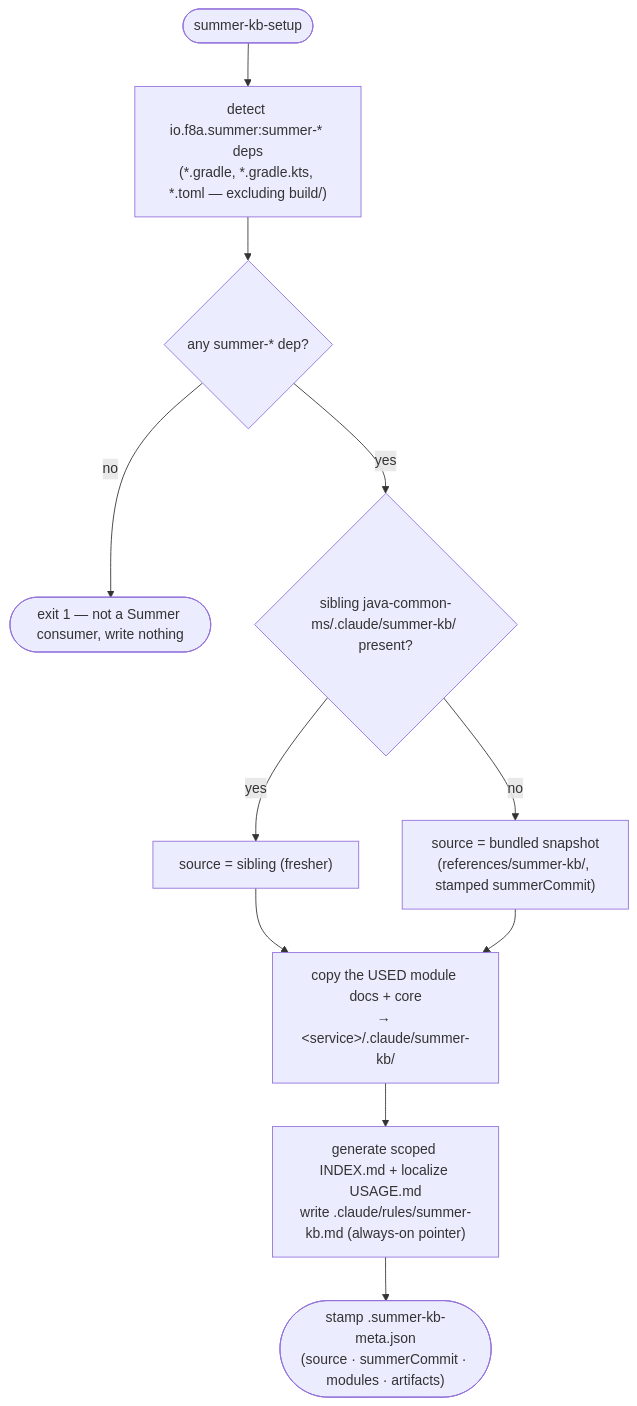
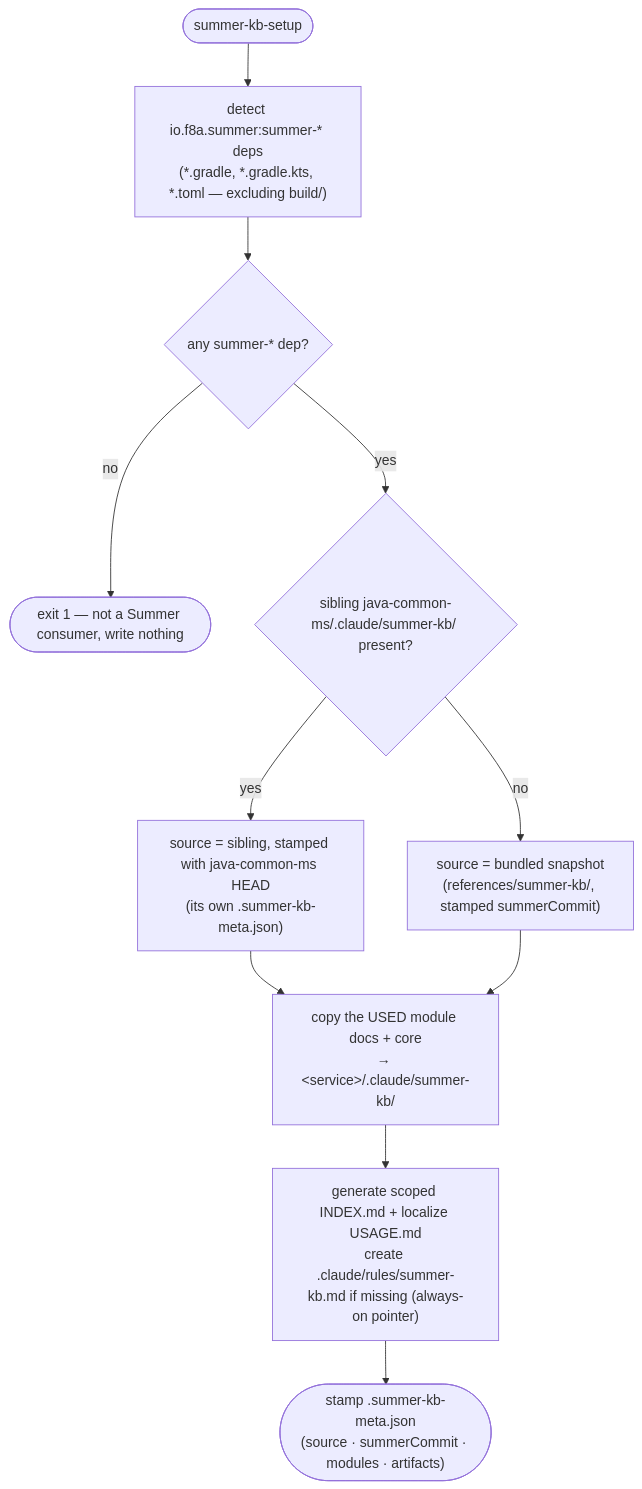
Before and after one commit to taipt1504/claudehut: the diagram in skills/summer-kb-setup/SKILL.md, drawn with Mermaid. The commit also changed other lines of this file and 4 other files, not shown here.

First line of the commit message:
feat(summer-kb): keep every service's Summer KB in step with java-common-ms

````diff
--- a/skills/summer-kb-setup/SKILL.md
+++ b/skills/summer-kb-setup/SKILL.md
@@ -18,13 +18,13 @@
 ```mermaid
 flowchart TB
     start([summer-kb-setup]) --> det["detect io.f8a.summer:summer-* deps<br/>(*.gradle, *.gradle.kts, *.toml — excluding build/)"]
     det --> any{"any summer-* dep?"}
     any -- "no" --> stop(["exit 1 — not a Summer consumer, write nothing"])
     any -- "yes" --> src{"sibling java-common-ms/.claude/summer-kb/ present?"}
-    src -- "yes" --> fresh["source = sibling (fresher)"]
+    src -- "yes" --> fresh["source = sibling, stamped with java-common-ms HEAD<br/>(its own .summer-kb-meta.json)"]
     src -- "no" --> bundled["source = bundled snapshot<br/>(references/summer-kb/, stamped summerCommit)"]
     fresh --> copy["copy the USED module docs + core<br/>→ &lt;service&gt;/.claude/summer-kb/"]
     bundled --> copy
-    copy --> gen["generate scoped INDEX.md + localize USAGE.md<br/>write .claude/rules/summer-kb.md (always-on pointer)"]
+    copy --> gen["generate scoped INDEX.md + localize USAGE.md<br/>create .claude/rules/summer-kb.md if missing (always-on pointer)"]
     gen --> stamp(["stamp .summer-kb-meta.json<br/>(source · summerCommit · modules · artifacts)"])
 ```
````
